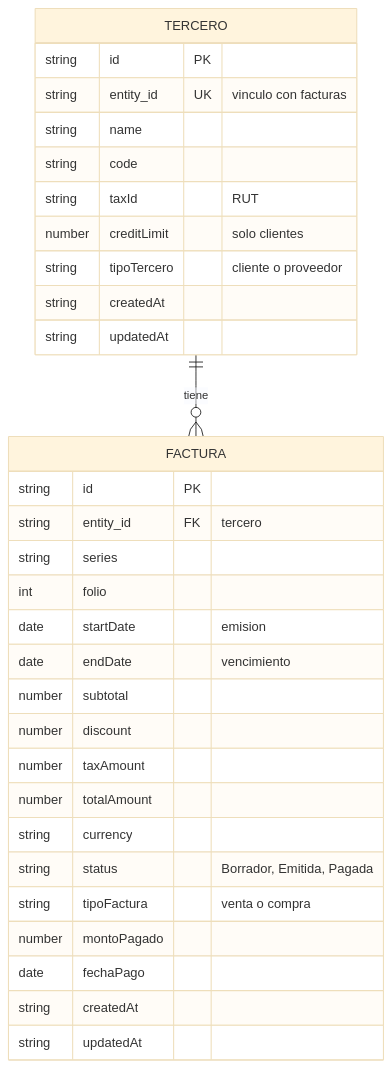
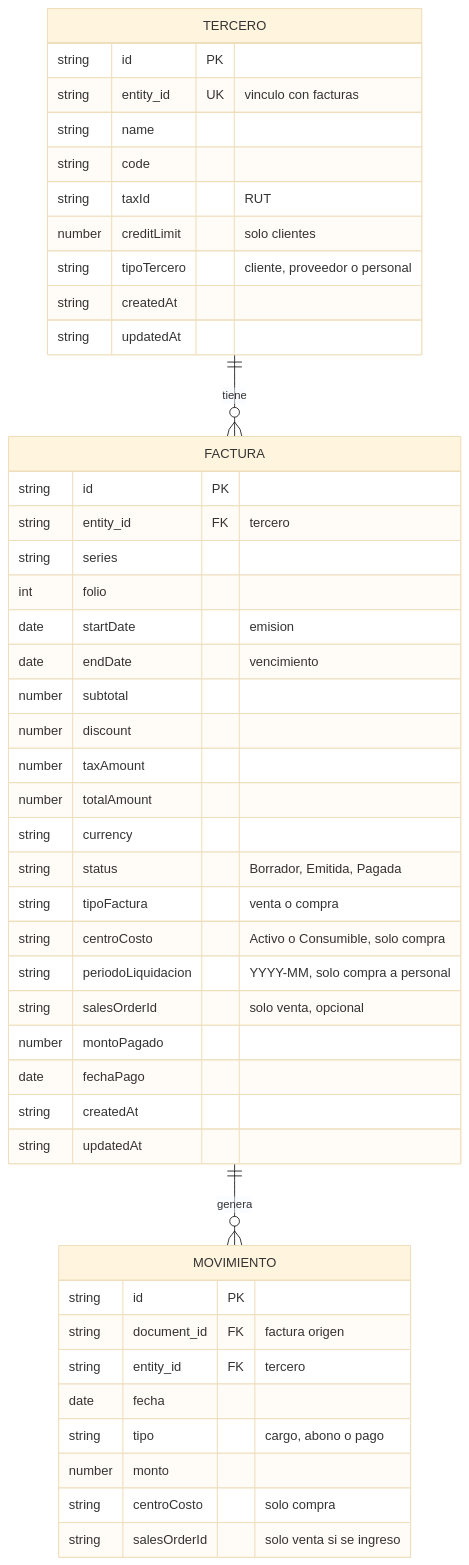
The diagram in specs/001-erp-base-module/data-model.md (MDS-BI/Grupo-01), drawn with Mermaid (base theme) before and after one commit. The commit also changed other lines of this file and 5 other files, not shown here.

````diff
--- a/specs/001-erp-base-module/data-model.md
+++ b/specs/001-erp-base-module/data-model.md
@@ -177,36 +209,51 @@
 ```mermaid
 erDiagram
     TERCERO ||--o{ FACTURA : "tiene"
+    FACTURA ||--o{ MOVIMIENTO : "genera"
 
     TERCERO {
         string id PK
         string entity_id UK "vinculo con facturas"
         string name
         string code
         string taxId "RUT"
         number creditLimit "solo clientes"
-        string tipoTercero "cliente o proveedor"
+        string tipoTercero "cliente, proveedor o personal"
         string createdAt
         string updatedAt
     }
 
     FACTURA {
         string id PK
         string entity_id FK "tercero"
         string series
         int folio
         date startDate "emision"
         date endDate "vencimiento"
         number subtotal
         number discount
         number taxAmount
         number totalAmount
         string currency
         string status "Borrador, Emitida, Pagada"
         string tipoFactura "venta o compra"
+        string centroCosto "Activo o Consumible, solo compra"
+        string periodoLiquidacion "YYYY-MM, solo compra a personal"
+        string salesOrderId "solo venta, opcional"
         number montoPagado
         date fechaPago
         string createdAt
         string updatedAt
     }
+
+    MOVIMIENTO {
+        string id PK
+        string document_id FK "factura origen"
+        string entity_id FK "tercero"
+        date fecha
+        string tipo "cargo, abono o pago"
+        number monto
+        string centroCosto "solo compra"
+        string salesOrderId "solo venta si se ingreso"
+    }
 ```
````
